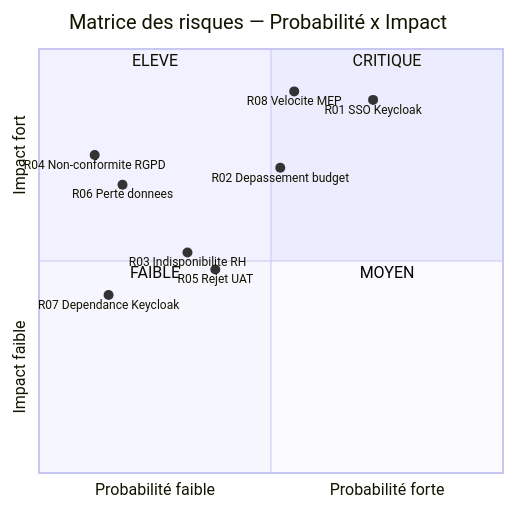
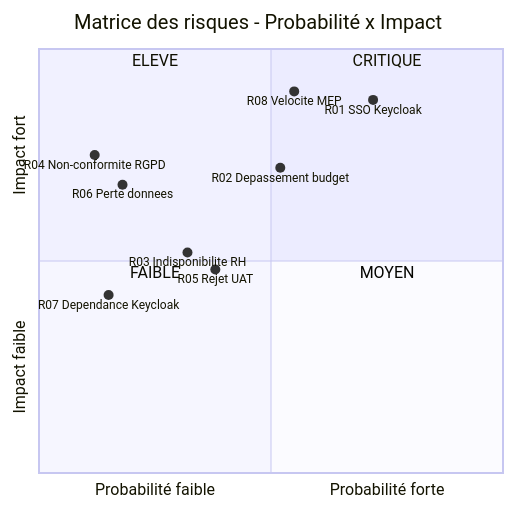
One commit to POWLAIR/management-projet-numerique changed the fifth of 12 diagrams in docs md/Dossier_Projet_B2B_FINAL.md. Above: the diagram before and after it, drawn with Mermaid. The commit also changed other lines of this file, not shown here.

````diff
--- a/docs md/Dossier_Projet_B2B_FINAL.md
+++ b/docs md/Dossier_Projet_B2B_FINAL.md
@@ -432,18 +432,18 @@
 ```mermaid
 quadrantChart
-    title Matrice des risques — Probabilité x Impact
+    title Matrice des risques - Probabilité x Impact
     x-axis "Probabilité faible" --> "Probabilité forte"
     y-axis "Impact faible" --> "Impact fort"
     quadrant-1 CRITIQUE
     quadrant-2 ELEVE
     quadrant-3 FAIBLE
     quadrant-4 MOYEN
     R01 SSO Keycloak: [0.72, 0.88]
     R08 Velocite MEP: [0.55, 0.90]
     R02 Depassement budget: [0.52, 0.72]
     R03 Indisponibilite RH: [0.32, 0.52]
     R05 Rejet UAT: [0.38, 0.48]
     R04 Non-conformite RGPD: [0.12, 0.75]
     R06 Perte donnees: [0.18, 0.68]
     R07 Dependance Keycloak: [0.15, 0.42]
 ```
````
